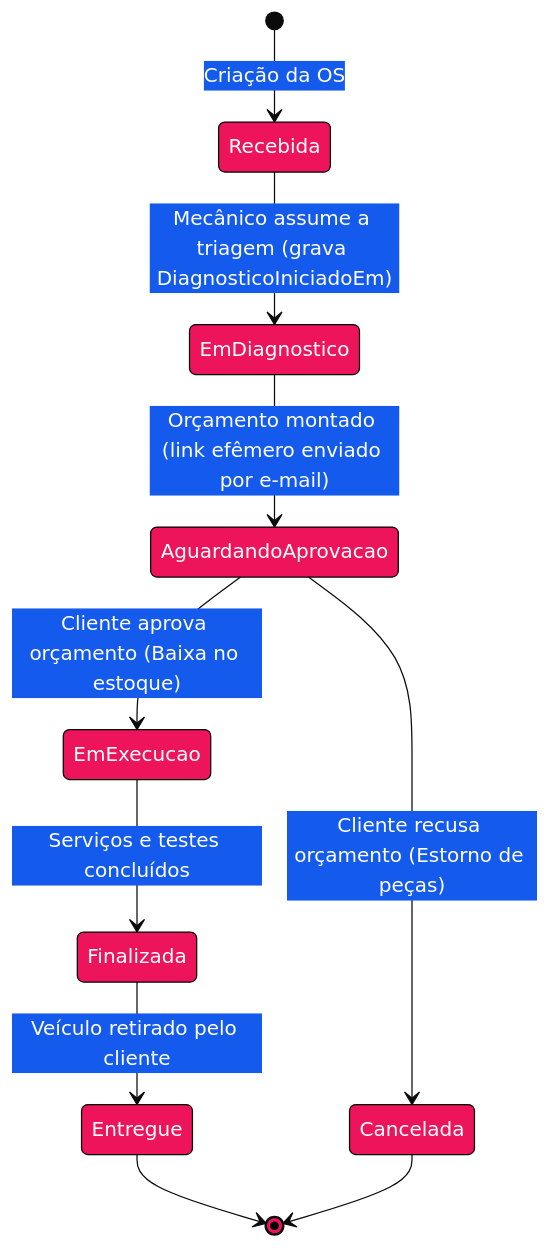
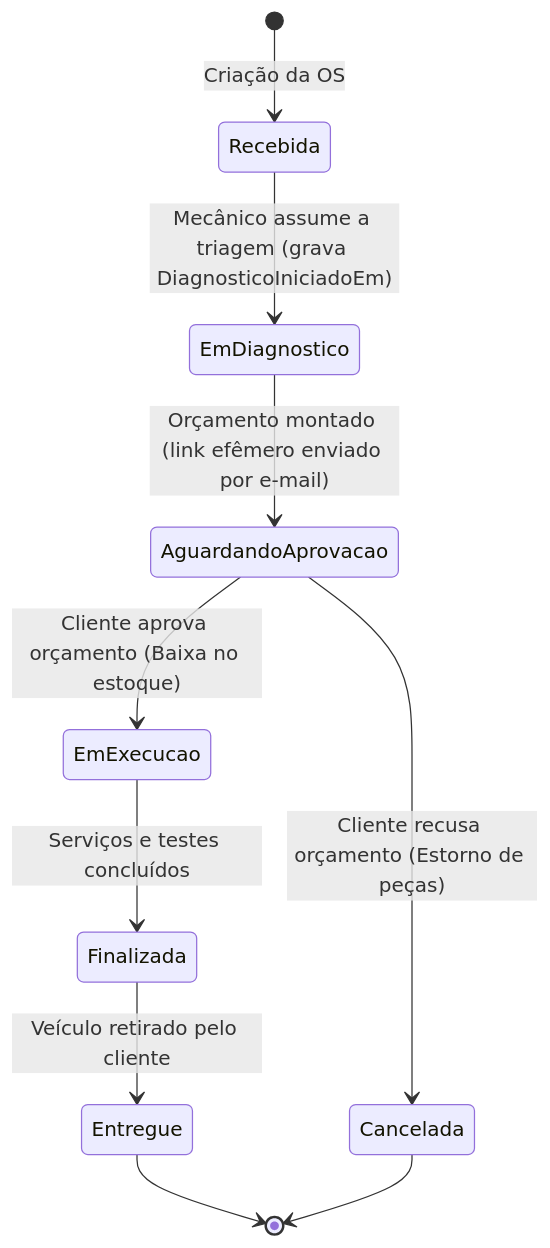
One commit to Grupo78-PosTech-15SOAT/AutoReparos changed the fourth of 4 diagrams in README.md. Above: the diagram before and after it, drawn with Mermaid. The commit also changed other lines of this file and 1 other file, not shown here.

Commit message:
📝 Corrigindo sintaxe dos diagramas Mermaid e removendo temas customizados do README

````diff
--- a/README.md
+++ b/README.md
@@ -450,23 +419,14 @@
 ```mermaid
-%%{init: {
-  'theme': 'base',
-  'themeCSS': 'svg { background-color: #ffffff !important; }',
-  'themeVariables': {
-    'primaryColor': '#ED145B',
-    'primaryTextColor': '#ffffff',
-    'primaryBorderColor': '#000000'
-  }
-}}%%
 stateDiagram-v2
     [*] --> Recebida: Criação da OS
     Recebida --> EmDiagnostico: Mecânico assume a triagem (grava DiagnosticoIniciadoEm)
     EmDiagnostico --> AguardandoAprovacao: Orçamento montado (link efêmero enviado por e-mail)
     
     AguardandoAprovacao --> EmExecucao: Cliente aprova orçamento (Baixa no estoque)
     AguardandoAprovacao --> Cancelada: Cliente recusa orçamento (Estorno de peças)
     
     EmExecucao --> Finalizada: Serviços e testes concluídos
     Finalizada --> Entregue: Veículo retirado pelo cliente
     Entregue --> [*]
     Cancelada --> [*]
 ```
````
